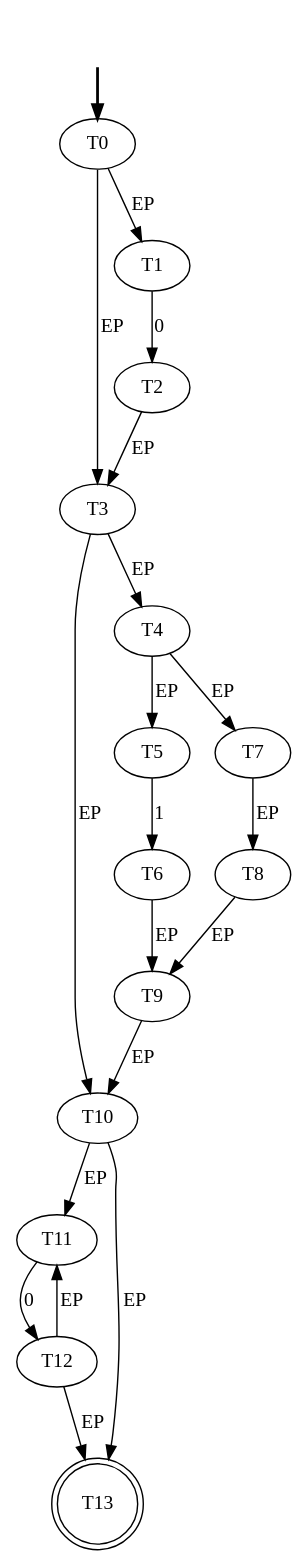
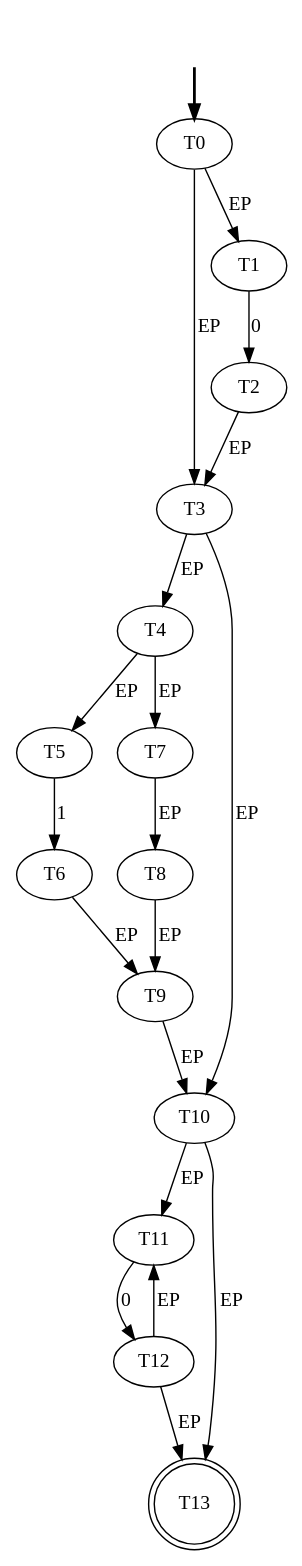
The diagram in Lexer/output/0!(1;EP)!0^/0!(1;EP)!0^_nfa_1.dot (LuisDiego19FV/Proyecto_Compiladores), drawn with Graphviz before and after one commit. The commit also changed other lines of this file and 113 other files, not shown here.

```diff
--- a/Lexer/output/0!(1;EP)!0^/0!(1;EP)!0^_nfa_1.dot
+++ b/Lexer/output/0!(1;EP)!0^/0!(1;EP)!0^_nfa_1.dot
@@ -1,36 +1,36 @@
 digraph {
 	fake0 [style=invisible]
+	T2
+	T6
+	T9
+	T5
+	T7
+	T4
+	T0 [root=true]
 	T8
 	T11
+	T10
+	T12
 	T3
-	T12
-	T10
-	T4
+	T1
 	T13 [shape=doublecircle]
-	T2
-	T5
-	T9
-	T7
-	T0 [root=true]
-	T1
-	T6
 	fake0 -> T0 [style=bold]
+	T0 -> T1 [label=EP]
 	T0 -> T3 [label=EP]
-	T0 -> T1 [label=EP]
 	T1 -> T2 [label=0]
 	T2 -> T3 [label=EP]
 	T3 -> T10 [label=EP]
 	T3 -> T4 [label=EP]
+	T4 -> T5 [label=EP]
 	T4 -> T7 [label=EP]
-	T4 -> T5 [label=EP]
 	T5 -> T6 [label=1]
 	T6 -> T9 [label=EP]
 	T7 -> T8 [label=EP]
 	T8 -> T9 [label=EP]
 	T9 -> T10 [label=EP]
+	T10 -> T13 [label=EP]
 	T10 -> T11 [label=EP]
-	T10 -> T13 [label=EP]
 	T11 -> T12 [label=0]
+	T12 -> T13 [label=EP]
 	T12 -> T11 [label=EP]
-	T12 -> T13 [label=EP]
 }
```
